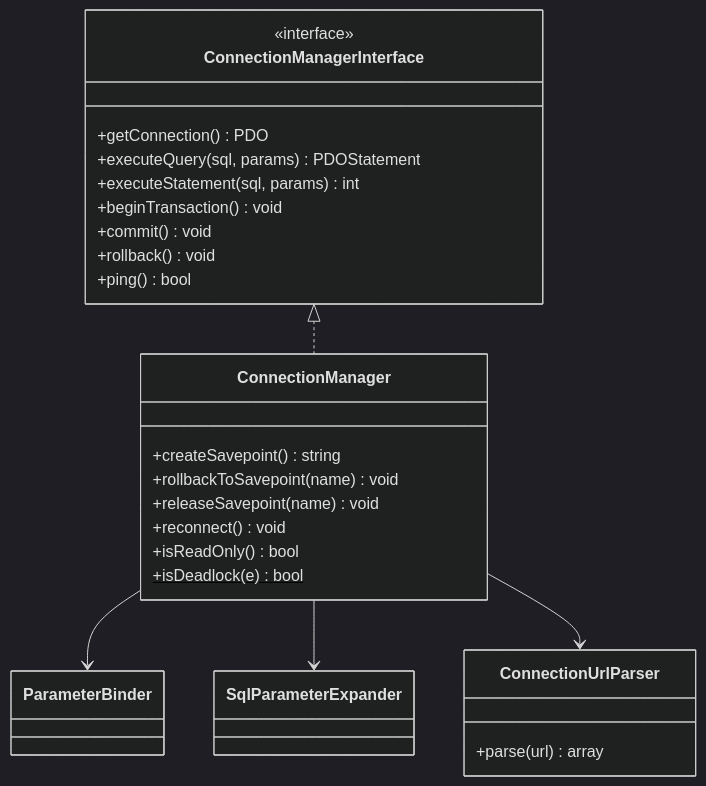
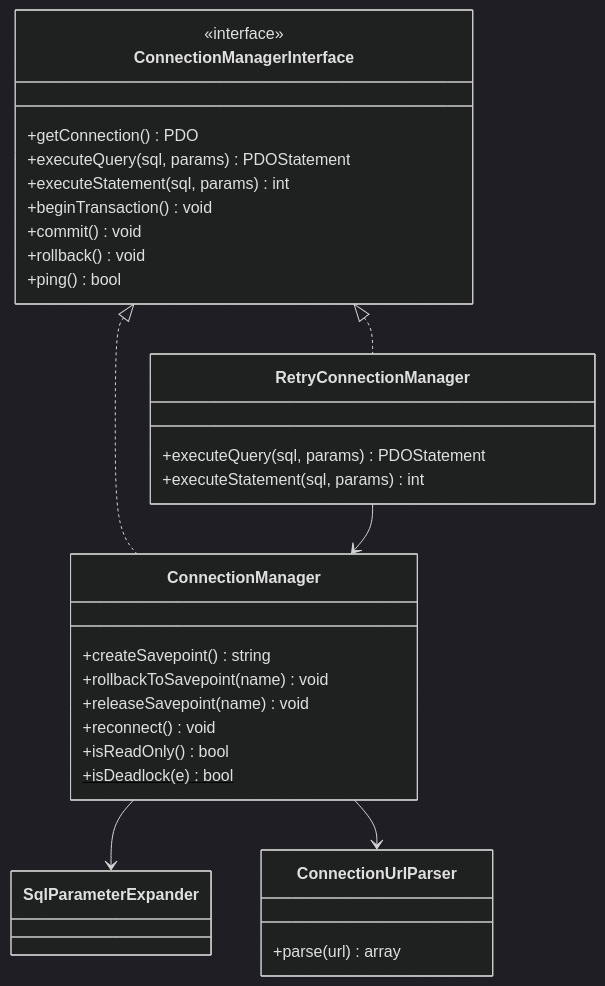
The first of 8 diagrams in docs/manual-tecnico/diagramas-clases.md (shedeza/sybase-orm), drawn with Mermaid (dark theme) before and after one commit. The commit also changed 22 other files, not shown here.

````diff
--- a/docs/manual-tecnico/diagramas-clases.md
+++ b/docs/manual-tecnico/diagramas-clases.md
@@ -6,33 +6,37 @@
 ```mermaid
 classDiagram
     class ConnectionManagerInterface {
         <<interface>>
         +getConnection() PDO
         +executeQuery(sql, params) PDOStatement
         +executeStatement(sql, params) int
         +beginTransaction() void
         +commit() void
         +rollback() void
         +ping() bool
     }
 
     class ConnectionManager {
         +createSavepoint() string
         +rollbackToSavepoint(name) void
         +releaseSavepoint(name) void
         +reconnect() void
         +isReadOnly() bool
         +isDeadlock(e)$ bool
     }
 
     class ConnectionUrlParser {
         +parse(url) array
     }
-    class ParameterBinder
+    class RetryConnectionManager {
+        +executeQuery(sql, params) PDOStatement
+        +executeStatement(sql, params) int
+    }
     class SqlParameterExpander
 
     ConnectionManagerInterface <|.. ConnectionManager
-    ConnectionManager --> ParameterBinder
+    ConnectionManagerInterface <|.. RetryConnectionManager
+    RetryConnectionManager --> ConnectionManager
     ConnectionManager --> SqlParameterExpander
     ConnectionManager --> ConnectionUrlParser
 ```
````
